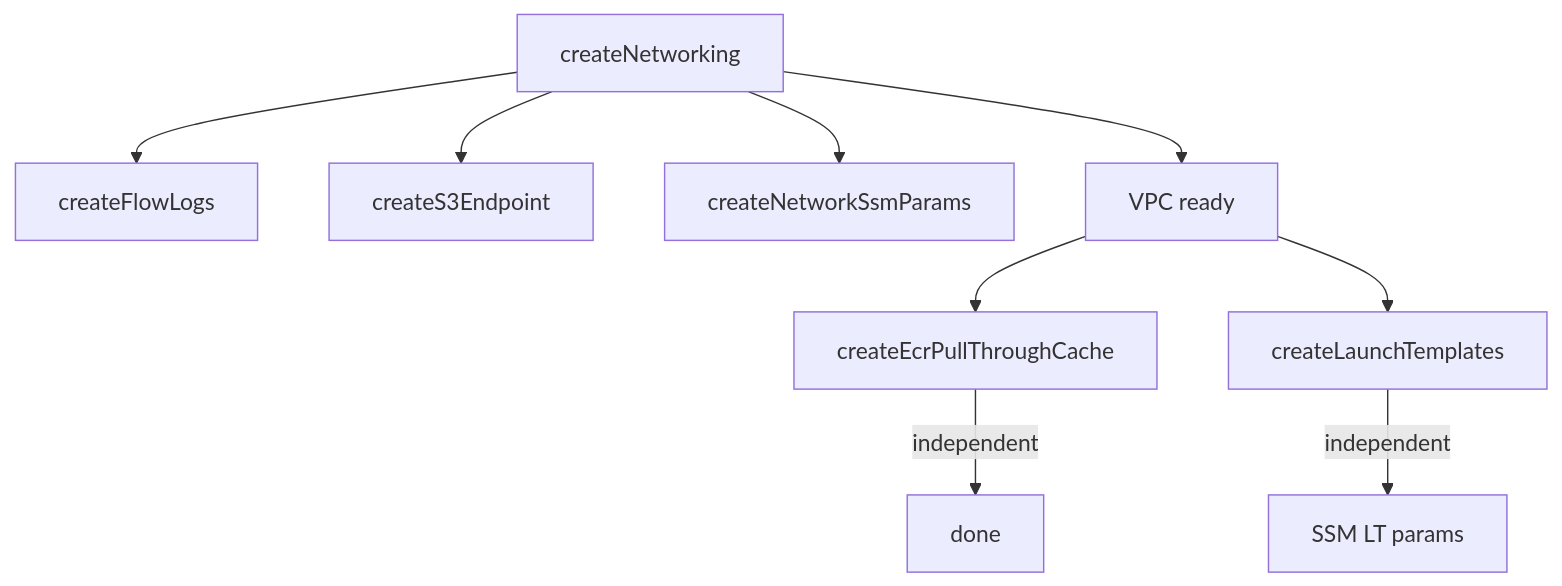
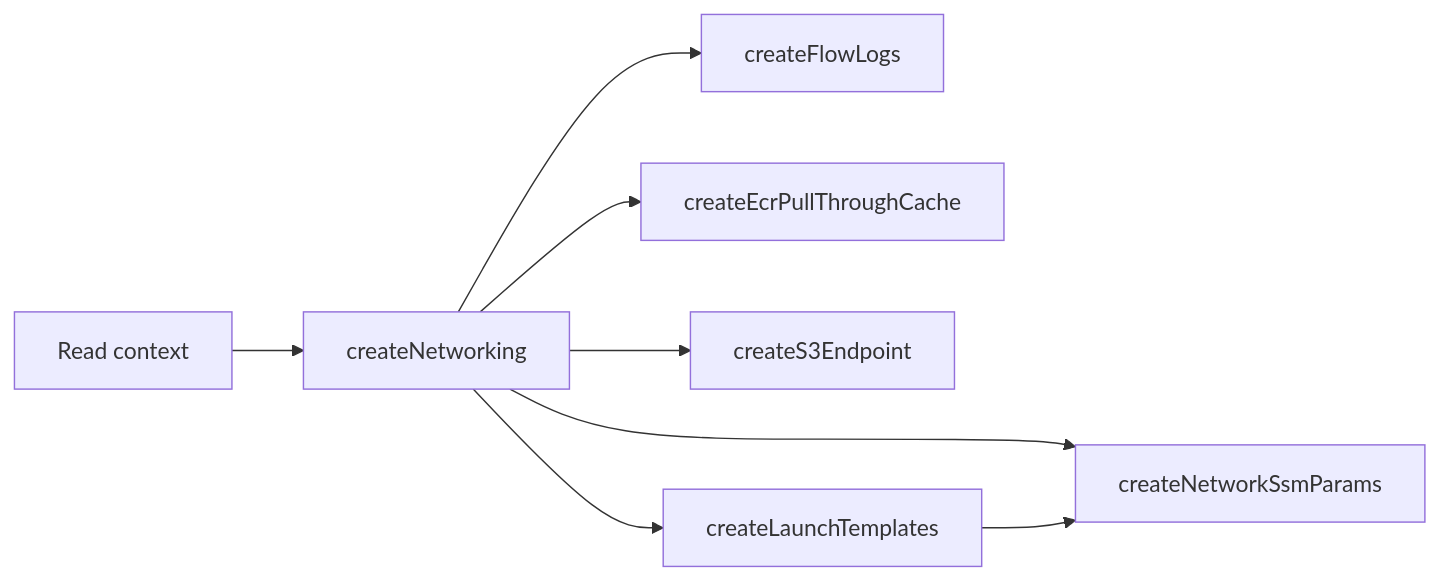
Before and after one commit to codriverlabs/express-compute-managed-k8s-infra: the third of 4 diagrams in .agents/summary/workflows.md, drawn with Mermaid. The commit also changed other lines of this file and 9 other files, not shown here.

````diff
--- a/.agents/summary/workflows.md
+++ b/.agents/summary/workflows.md
@@ -44,11 +48,10 @@
 ```mermaid
-graph TD
-    A[createNetworking] --> B[createFlowLogs]
-    A --> C[createS3Endpoint]
-    A --> D[createNetworkSsmParams]
-    E[createEcrPullThroughCache] -->|independent| F[done]
-    G[createLaunchTemplates] -->|independent| H[SSM LT params]
-    A --> I[VPC ready]
-    I --> E
-    I --> G
+flowchart LR
+    A[Read context] --> B[createNetworking]
+    B --> C[createFlowLogs]
+    B --> D[createEcrPullThroughCache]
+    B --> E[createS3Endpoint]
+    B --> F[createLaunchTemplates]
+    B --> G[createNetworkSsmParams]
+    F --> G
 ```
````
